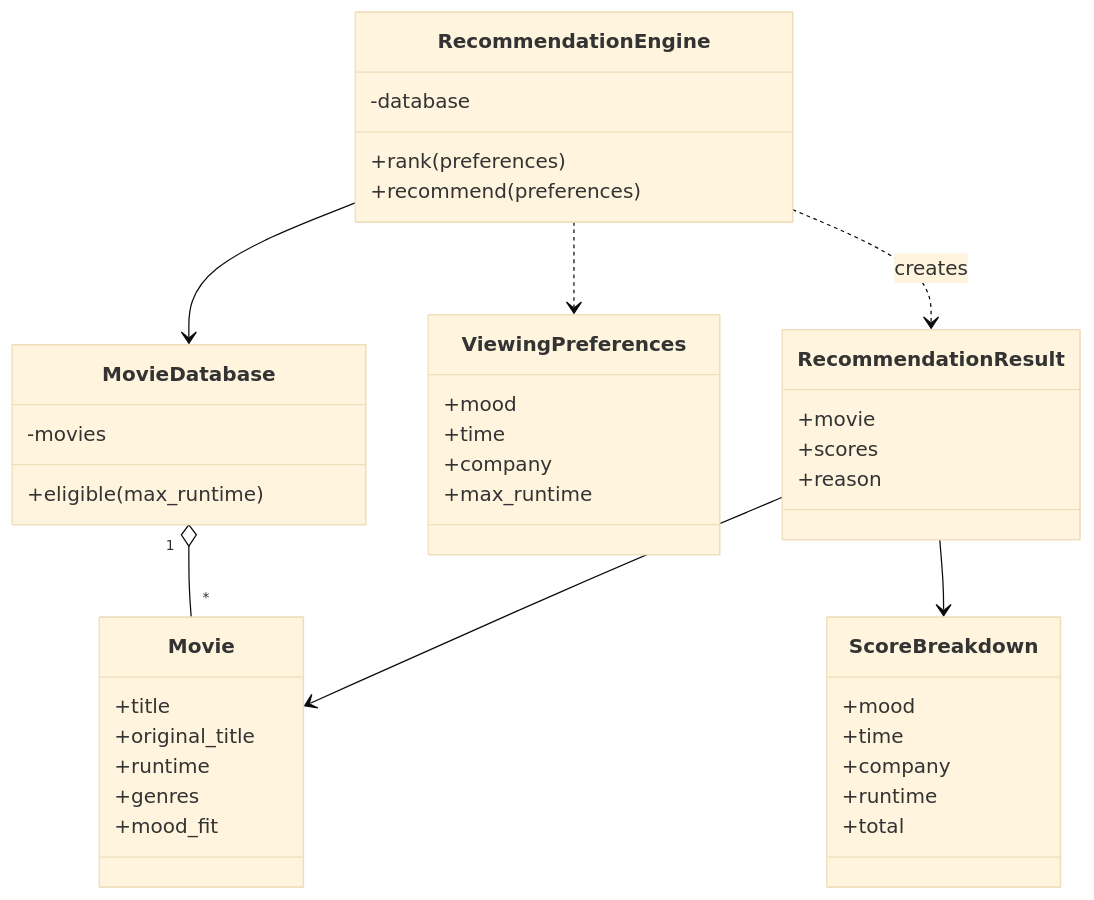
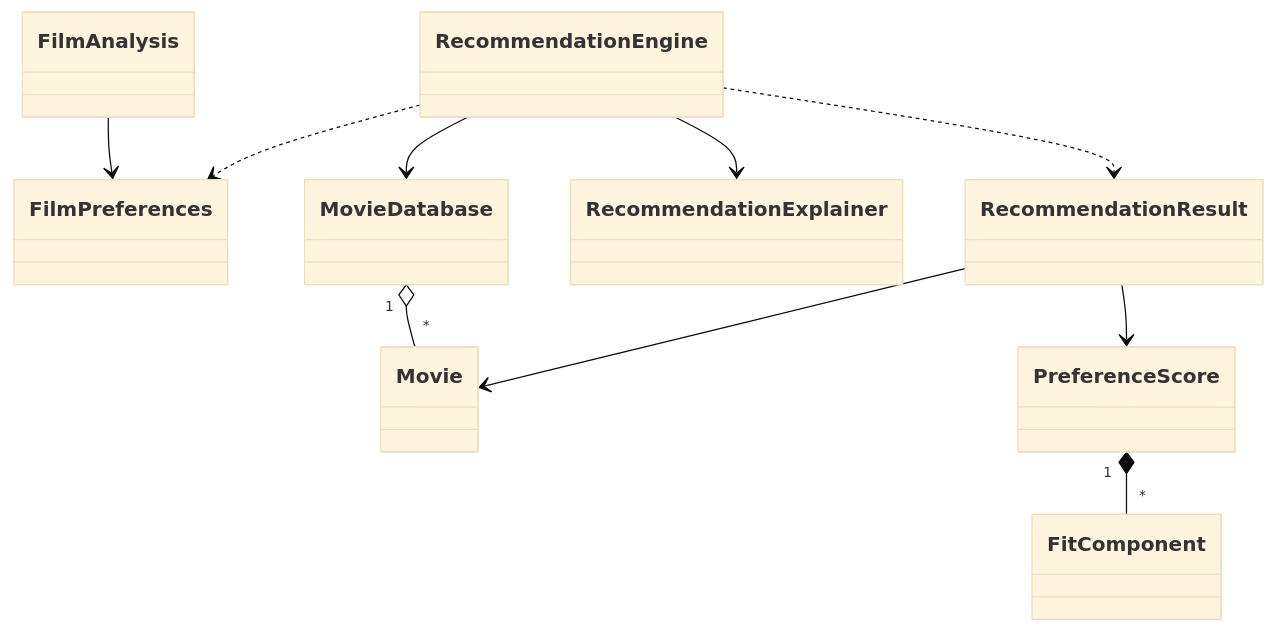
One commit to kyunho8962-dotcom/SCENE changed the first of 2 diagrams in PRESENTATION_GUIDE.md. Above: the diagram before and after it, drawn with Mermaid (base theme). The commit also changed other lines of this file and 24 other files, not shown here.

````diff
--- a/PRESENTATION_GUIDE.md
+++ b/PRESENTATION_GUIDE.md
@@ -36,43 +25,12 @@
 ```mermaid
 classDiagram
-    class Movie {
-        +title
-        +original_title
-        +runtime
-        +genres
-        +mood_fit
-    }
-    class MovieDatabase {
-        -movies
-        +eligible(max_runtime)
-    }
-    class ViewingPreferences {
-        +mood
-        +time
-        +company
-        +max_runtime
-    }
-    class RecommendationEngine {
-        -database
-        +rank(preferences)
-        +recommend(preferences)
-    }
-    class ScoreBreakdown {
-        +mood
-        +time
-        +company
-        +runtime
-        +total
-    }
-    class RecommendationResult {
-        +movie
-        +scores
-        +reason
-    }
+    FilmAnalysis --> FilmPreferences
+    RecommendationEngine --> MovieDatabase
     MovieDatabase "1" o-- "*" Movie
-    RecommendationEngine --> MovieDatabase
-    RecommendationEngine ..> ViewingPreferences
-    RecommendationEngine ..> RecommendationResult : creates
+    RecommendationEngine ..> FilmPreferences
+    RecommendationEngine --> RecommendationExplainer
+    RecommendationEngine ..> RecommendationResult
     RecommendationResult --> Movie
-    RecommendationResult --> ScoreBreakdown
+    RecommendationResult --> PreferenceScore
+    PreferenceScore "1" *-- "*" FitComponent
 ```
````
